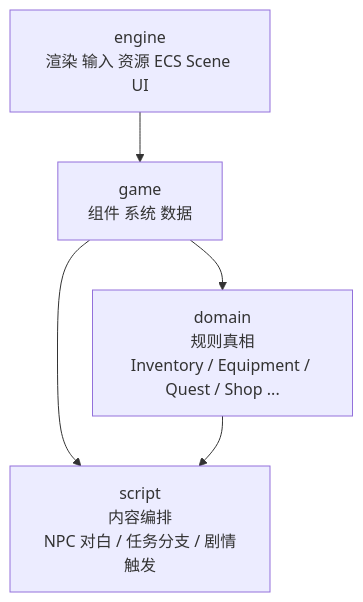
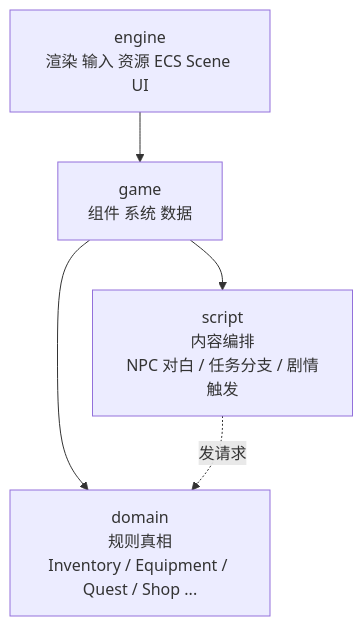
One commit to WispSnow/TinyFarmRPG changed the second of 5 diagrams in lecture_plans/lectures/01-游戏架构设计.md. Above: the diagram before and after it, drawn with Mermaid. The commit also changed other lines of this file and 3 other files, not shown here.

````diff
--- a/lecture_plans/lectures/01-游戏架构设计.md
+++ b/lecture_plans/lectures/01-游戏架构设计.md
@@ -56,7 +56,7 @@
 ```mermaid
 flowchart TB
     Eng["engine<br/>渲染 输入 资源 ECS Scene UI"] --> Game["game<br/>组件 系统 数据"]
     Game --> Domain["domain<br/>规则真相<br/>Inventory / Equipment / Quest / Shop ..."]
     Game --> Script["script<br/>内容编排<br/>NPC 对白 / 任务分支 / 剧情触发"]
-    Domain --> Script
+    Script -.->|"发请求"| Domain
 ```
````
